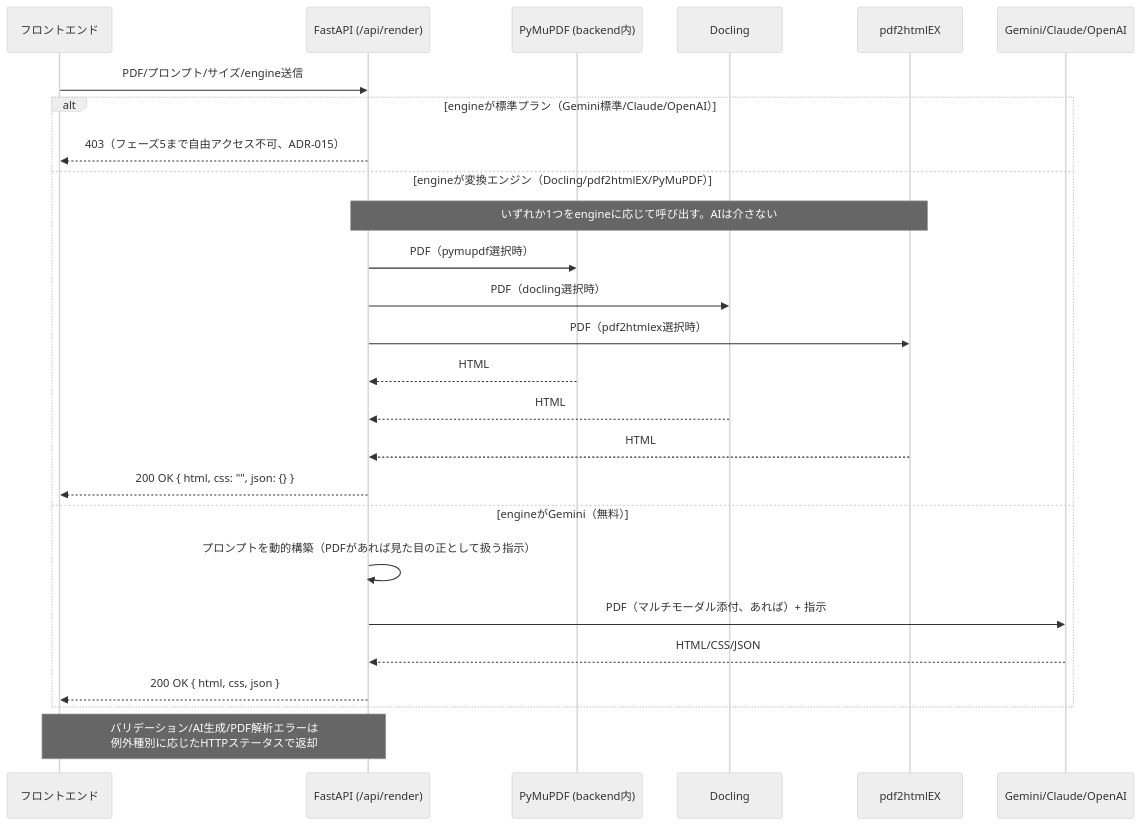
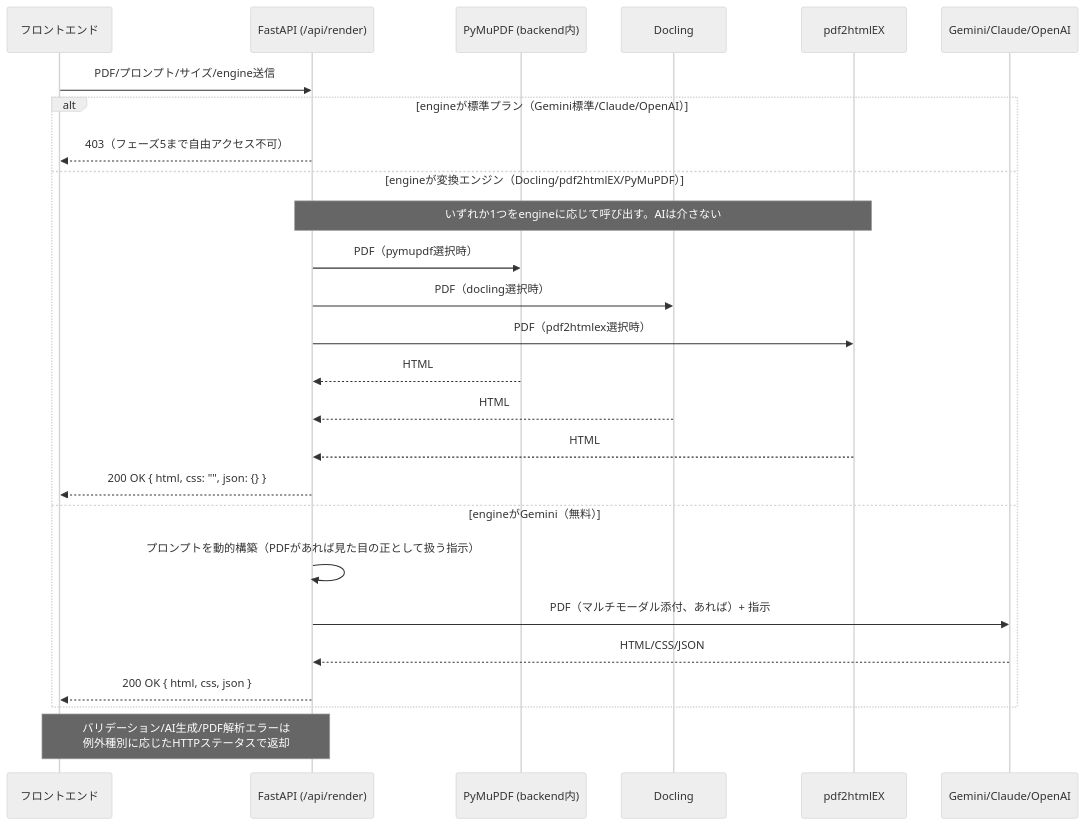
One commit to EisukeHishikawa/adapt-sheet changed the fourth of 7 diagrams in docs/architecture.md. Above: the diagram before and after it, drawn with Mermaid (neutral theme). The commit also changed other lines of this file and 109 other files, not shown here.

````diff
--- a/docs/architecture.md
+++ b/docs/architecture.md
@@ -138,29 +138,29 @@
 ```mermaid
 sequenceDiagram
     participant FE as フロントエンド
     participant API as FastAPI (/api/render)
     participant Layout as PyMuPDF (backend内)
     participant Docling as Docling
     participant Pdf2HtmlEx as pdf2htmlEX
     participant AI as Gemini/Claude/OpenAI
 
     FE->>API: PDF/プロンプト/サイズ/engine送信
     alt engineが標準プラン（Gemini標準/Claude/OpenAI）
-        API-->>FE: 403（フェーズ5まで自由アクセス不可、ADR-015）
+        API-->>FE: 403（フェーズ5まで自由アクセス不可）
     else engineが変換エンジン（Docling/pdf2htmlEX/PyMuPDF）
         Note over API,Pdf2HtmlEx: いずれか1つをengineに応じて呼び出す。AIは介さない
         API->>Layout: PDF（pymupdf選択時）
         API->>Docling: PDF（docling選択時）
         API->>Pdf2HtmlEx: PDF（pdf2htmlex選択時）
         Layout-->>API: HTML
         Docling-->>API: HTML
         Pdf2HtmlEx-->>API: HTML
         API-->>FE: 200 OK { html, css: "", json: {} }
     else engineがGemini（無料）
         API->>API: プロンプトを動的構築（PDFがあれば見た目の正として扱う指示）
         API->>AI: PDF（マルチモーダル添付、あれば）+ 指示
         AI-->>API: HTML/CSS/JSON
         API-->>FE: 200 OK { html, css, json }
     end
     Note over API,FE: バリデーション/AI生成/PDF解析エラーは<br/>例外種別に応じたHTTPステータスで返却
 ```
````
